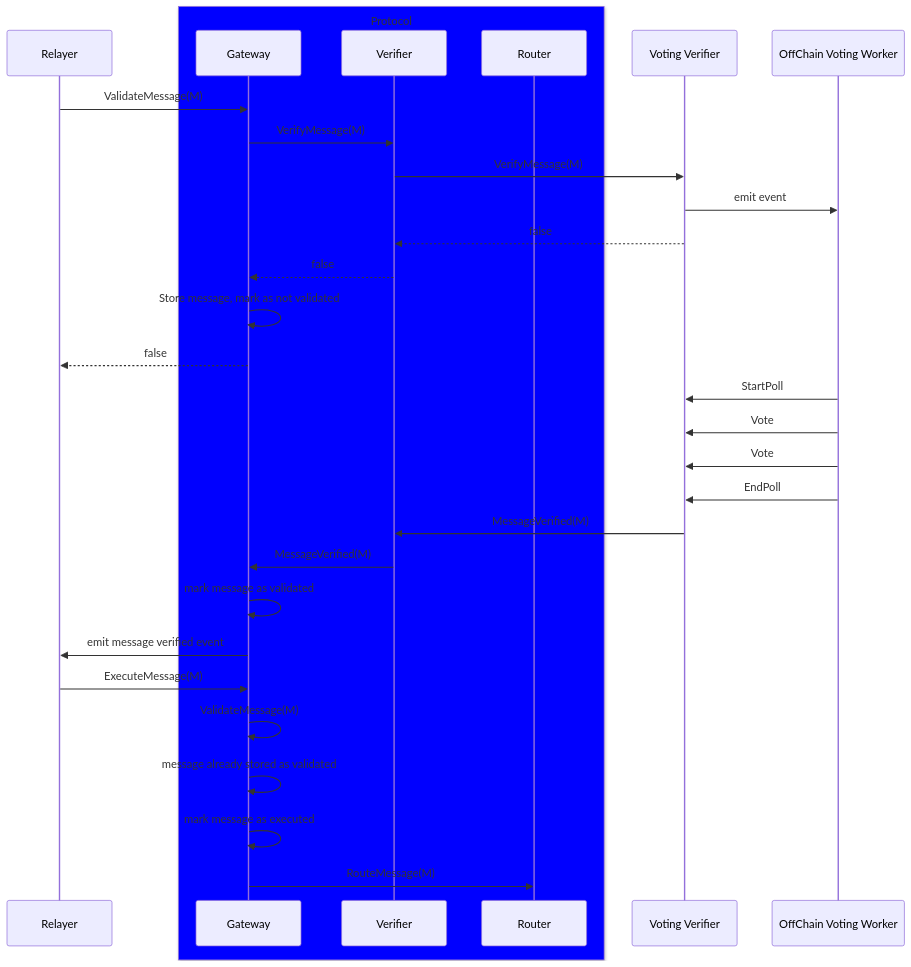
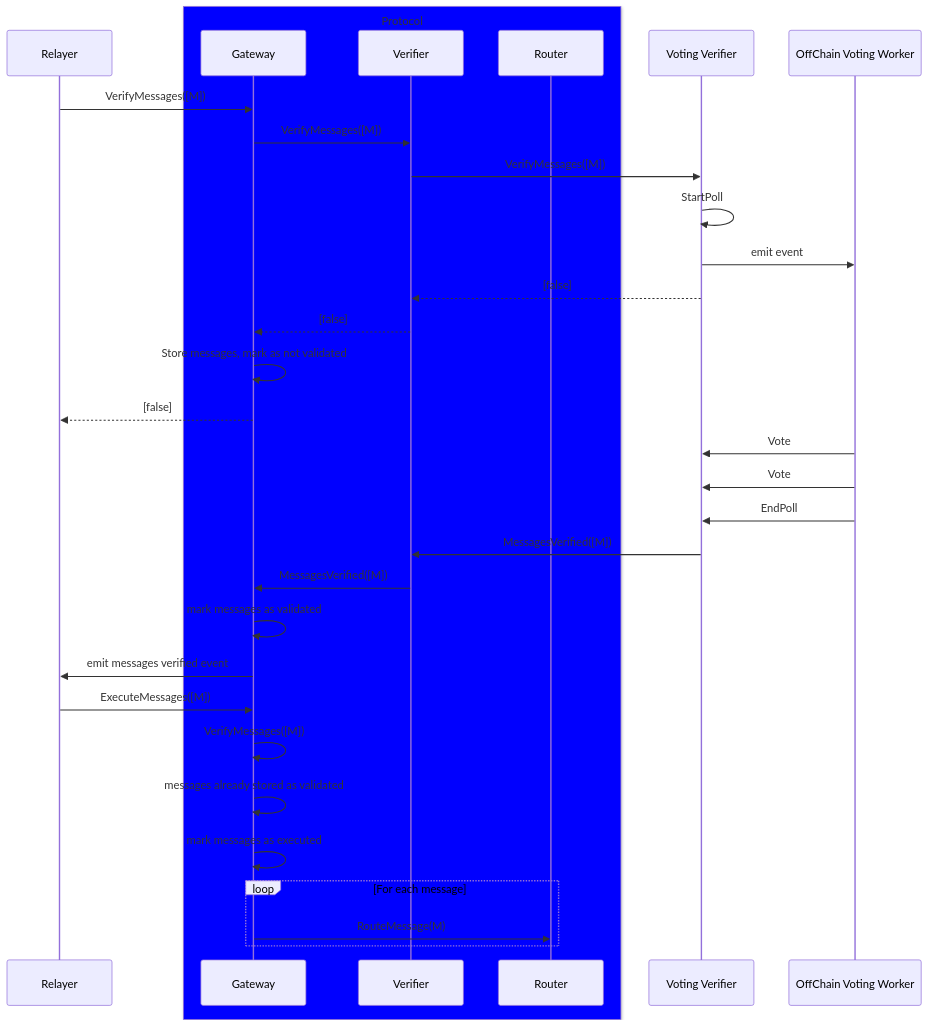
The second of 13 diagrams in README.md (axelarnetwork/axelar-amplifier), drawn with Mermaid before and after one commit. The commit also changed other lines of this file, not shown here.

````diff
--- a/README.md
+++ b/README.md
@@ -50,35 +50,37 @@
 ```mermaid
 sequenceDiagram
     participant Relayer
     box Blue Protocol
     participant Gateway
     participant Verifier
     participant Router
     end
     participant Voting Verifier
     participant OffChain Voting Worker
-    Relayer->>Gateway: ValidateMessage(M)
-    Gateway->>Verifier: VerifyMessage(M)
-    Verifier->>Voting Verifier: VerifyMessage(M)
+    Relayer->>Gateway: VerifyMessages([M])
+    Gateway->>Verifier: VerifyMessages([M])
+    Verifier->>Voting Verifier: VerifyMessages([M])
+    Voting Verifier->>Voting Verifier: StartPoll
     Voting Verifier->>OffChain Voting Worker: emit event
-    Voting Verifier-->>Verifier: false
-    Verifier-->>Gateway: false
-    Gateway->>Gateway: Store message, mark as not validated
-    Gateway-->>Relayer: false
-    OffChain Voting Worker->>Voting Verifier: StartPoll
+    Voting Verifier-->>Verifier: [false]
+    Verifier-->>Gateway: [false]
+    Gateway->>Gateway: Store messages, mark as not validated
+    Gateway-->>Relayer: [false]
     OffChain Voting Worker->>Voting Verifier: Vote
     OffChain Voting Worker->>Voting Verifier: Vote
     OffChain Voting Worker->>Voting Verifier: EndPoll
-    Voting Verifier->>Verifier: MessageVerified(M)
-    Verifier->>Gateway: MessageVerified(M)
-    Gateway->>Gateway: mark message as validated
-    Gateway->>Relayer: emit message verified event
+    Voting Verifier->>Verifier: MessagesVerified([M])
+    Verifier->>Gateway: MessagesVerified([M])
+    Gateway->>Gateway: mark messages as validated
+    Gateway->>Relayer: emit messages verified event
 
 
 
-    Relayer->>Gateway: ExecuteMessage(M)
-    Gateway->>Gateway: ValidateMessage(M)
-    Gateway->>Gateway: message already stored as validated
-    Gateway->>Gateway: mark message as executed
-    Gateway->>Router: RouteMessage(M)
+    Relayer->>Gateway: ExecuteMessages([M])
+    Gateway->>Gateway: VerifyMessages([M])
+    Gateway->>Gateway: messages already stored as validated
+    Gateway->>Gateway: mark messages as executed
+    loop For each message
+        Gateway->>Router: RouteMessage(M)
+    end
 ```
````
